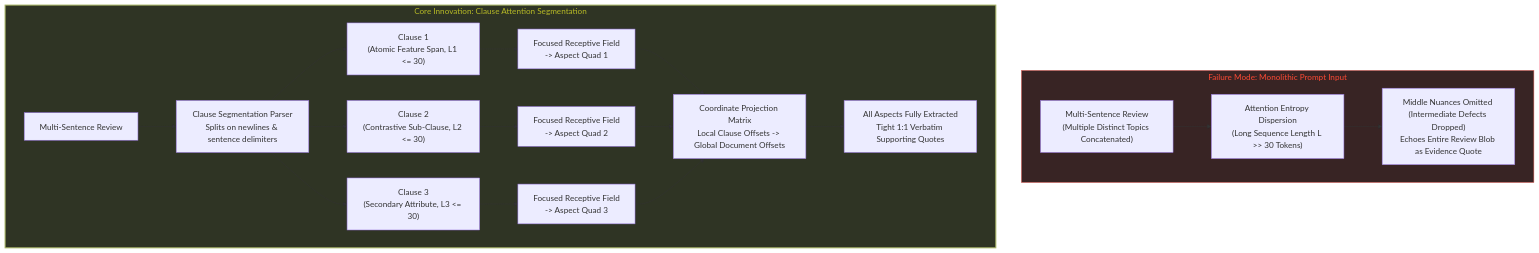
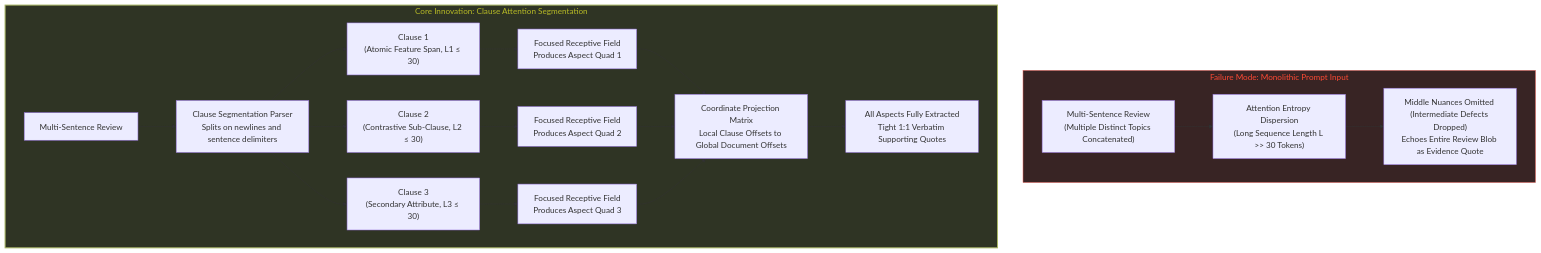
One commit to parth-sarthi-code/ProductLens-Sentiment changed the fifth of 6 diagrams in docs/ARCHITECTURE.md. Above: the diagram before and after it, drawn with Mermaid. The commit also changed other lines of this file and 1 other file, not shown here.

Commit message:
fix(docs): overhaul all Mermaid diagrams for full GitHub rendering compatibility

````diff
--- a/docs/ARCHITECTURE.md
+++ b/docs/ARCHITECTURE.md
@@ -275,30 +262,30 @@
 ```mermaid
 flowchart TD
     subgraph MonolithicFailure ["Failure Mode: Monolithic Prompt Input"]
-        M_IN["Multi-Sentence Review\n(Multiple Distinct Topics Concatenated)"]
-        M_IN --> M_ATTN["Attention Entropy Dispersion\n(Long Sequence Length L >> 30 Tokens)"]
-        M_ATTN --> M_OUT["Middle Nuances Omitted (Intermediate Defects Dropped)\nEchoes Entire Review Blob as Evidence Quote"]
+        M_IN["Multi-Sentence Review<br/>(Multiple Distinct Topics Concatenated)"]
+        M_IN --> M_ATTN["Attention Entropy Dispersion<br/>(Long Sequence Length L &gt;&gt; 30 Tokens)"]
+        M_ATTN --> M_OUT["Middle Nuances Omitted (Intermediate Defects Dropped)<br/>Echoes Entire Review Blob as Evidence Quote"]
     end
 
     subgraph ClauseSuccess ["Core Innovation: Clause Attention Segmentation"]
         C_IN["Multi-Sentence Review"]
-        C_IN --> SPLIT["Clause Segmentation Parser\nSplits on newlines & sentence delimiters"]
+        C_IN --> SPLIT["Clause Segmentation Parser<br/>Splits on newlines and sentence delimiters"]
         
-        SPLIT --> S1["Clause 1\n(Atomic Feature Span, L1 <= 30)"]
-        SPLIT --> S2["Clause 2\n(Contrastive Sub-Clause, L2 <= 30)"]
-        SPLIT --> S3["Clause 3\n(Secondary Attribute, L3 <= 30)"]
+        SPLIT --> S1["Clause 1<br/>(Atomic Feature Span, L1 &le; 30)"]
+        SPLIT --> S2["Clause 2<br/>(Contrastive Sub-Clause, L2 &le; 30)"]
+        SPLIT --> S3["Clause 3<br/>(Secondary Attribute, L3 &le; 30)"]
         
-        S1 --> A1["Focused Receptive Field\n-> Aspect Quad 1"]
-        S2 --> A2["Focused Receptive Field\n-> Aspect Quad 2"]
-        S3 --> A3["Focused Receptive Field\n-> Aspect Quad 3"]
+        S1 --> A1["Focused Receptive Field<br/>Produces Aspect Quad 1"]
+        S2 --> A2["Focused Receptive Field<br/>Produces Aspect Quad 2"]
+        S3 --> A3["Focused Receptive Field<br/>Produces Aspect Quad 3"]
         
-        A1 --> PROJ["Coordinate Projection Matrix\nLocal Clause Offsets -> Global Document Offsets"]
+        A1 --> PROJ["Coordinate Projection Matrix<br/>Local Clause Offsets to Global Document Offsets"]
         A2 --> PROJ
         A3 --> PROJ
         
-        PROJ --> FINAL["All Aspects Fully Extracted\nTight 1:1 Verbatim Supporting Quotes"]
+        PROJ --> FINAL["All Aspects Fully Extracted<br/>Tight 1:1 Verbatim Supporting Quotes"]
     end
 
     style MonolithicFailure fill:#382424,stroke:#ea6962,stroke-width:1px,color:#fb4934
     style ClauseSuccess fill:#2f3424,stroke:#a9b665,stroke-width:2px,color:#b8bb26
 ```
````
